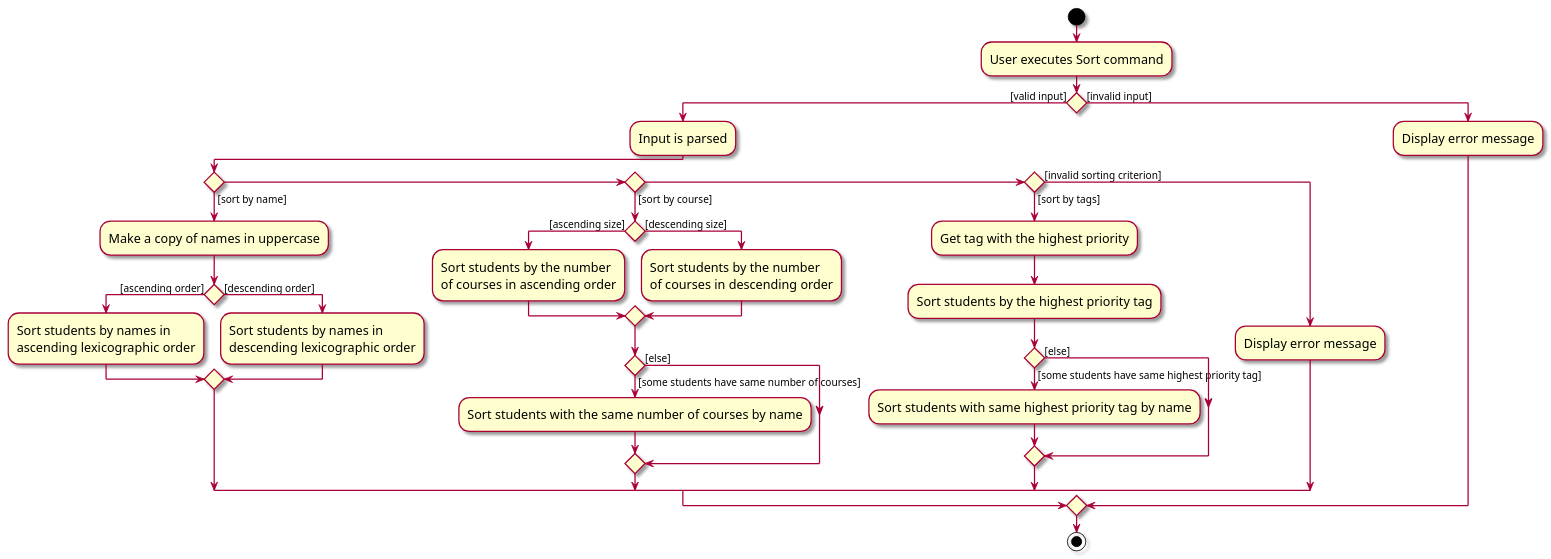
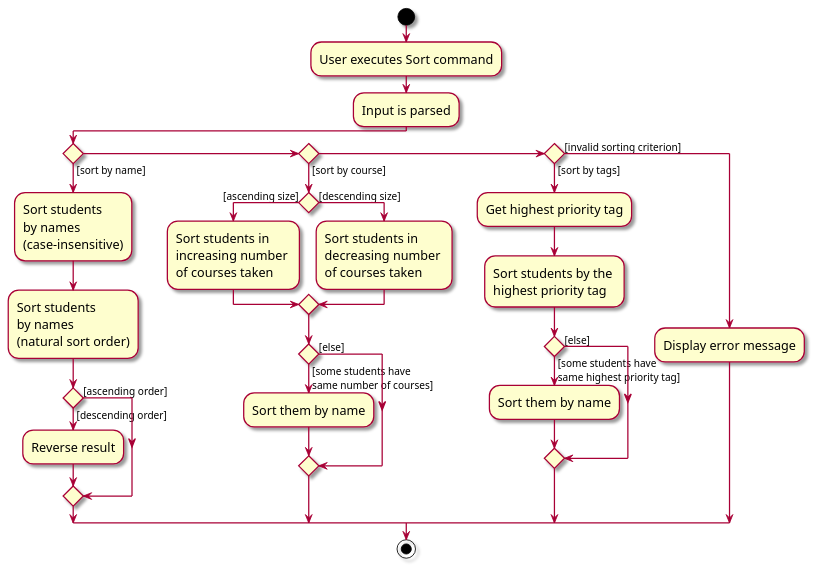
The diagram in docs/diagrams/SortActivityDiagram.puml (tanteckfang/tp), drawn with PlantUML before and after one commit. The commit also changed 2 other files, not shown here.

Commit message:
Update DG PlantUML Activity diagram for Sort

```diff
--- a/docs/diagrams/SortActivityDiagram.puml
+++ b/docs/diagrams/SortActivityDiagram.puml
@@ -1,43 +1,39 @@
 @startuml
 skin rose
 skinparam ActivityFontSize 15
 skinparam ArrowFontSize 12
 
 start
 :User executes Sort command;
-
-if () then ([valid input])
-  :Input is parsed;
+:Input is parsed;
   if () then ([sort by name])
-    :Make a copy of names in uppercase;
-    if () then ([ascending order])
-      :Sort students by names in \nascending lexicographic order;
-    else ([descending order])
-      :Sort students by names in \ndescending lexicographic order;
+    :Sort students \nby names \n(case-insensitive);
+    :Sort students \nby names \n(natural sort order);
+    if () then ([descending order])
+      :Reverse result;
+    else ([ascending order])
     endif
   else if () then ([sort by course])
     if () then ([ascending size])
-      :Sort students by the number \nof courses in ascending order;
+      :Sort students in \nincreasing number \nof courses taken;
     else ([descending size])
-      :Sort students by the number \nof courses in descending order;
+      :Sort students in \ndecreasing number \nof courses taken;
     endif
-    if () then ([some students have same number of courses])
-      :Sort students with the same number of courses by name;
+    if () then ([some students have \nsame number of courses])
+      :Sort them by name;
     else ([else])
     endif
   else if () then ([sort by tags])
-    :Get tag with the highest priority;
-    :Sort students by the highest priority tag;
-     if () then ([some students have same highest priority tag])
-       :Sort students with same highest priority tag by name;
+    :Get highest priority tag;
+    :Sort students by the \nhighest priority tag;
+     if () then ([some students have \nsame highest priority tag])
+       :Sort them by name;
      else ([else])
      endif
   else ([invalid sorting criterion])
     :Display error message;
   endif
-else ([invalid input])
-  :Display error message;
-endif
+
 
 stop
 @enduml
```
